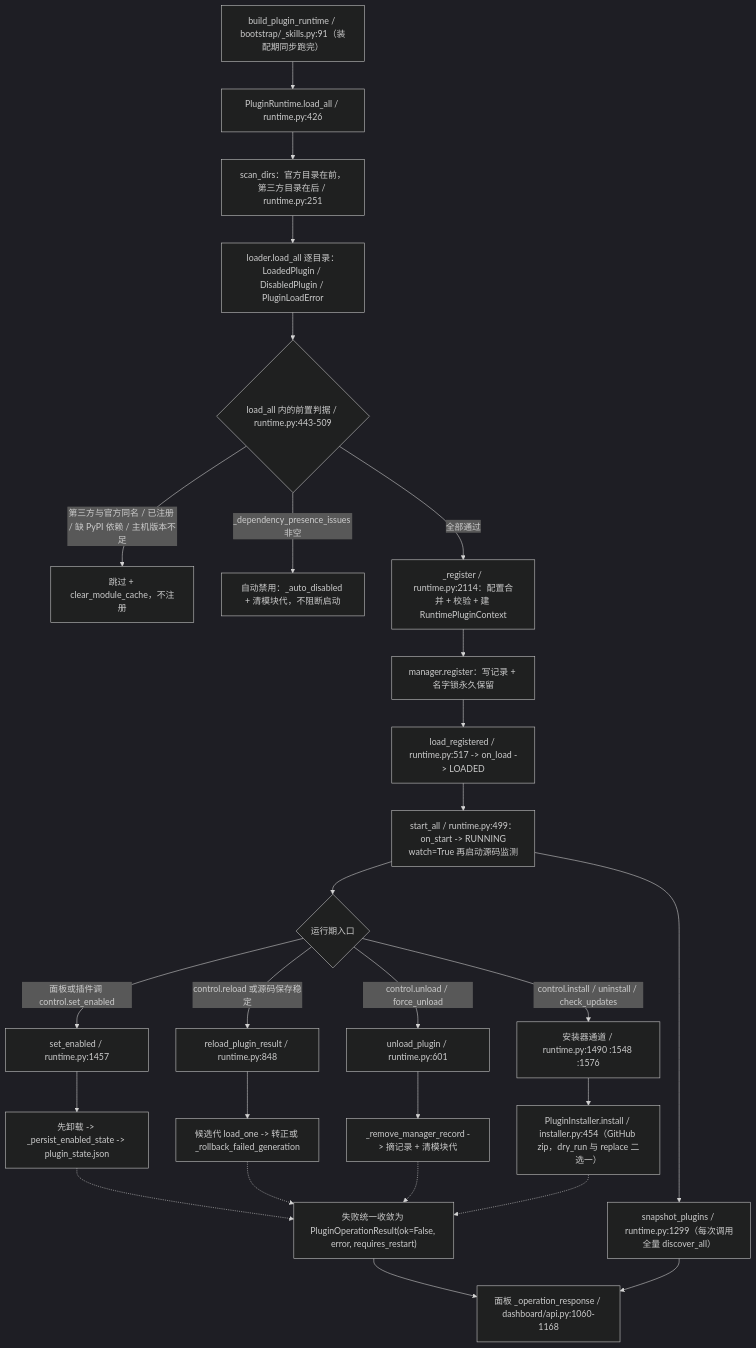
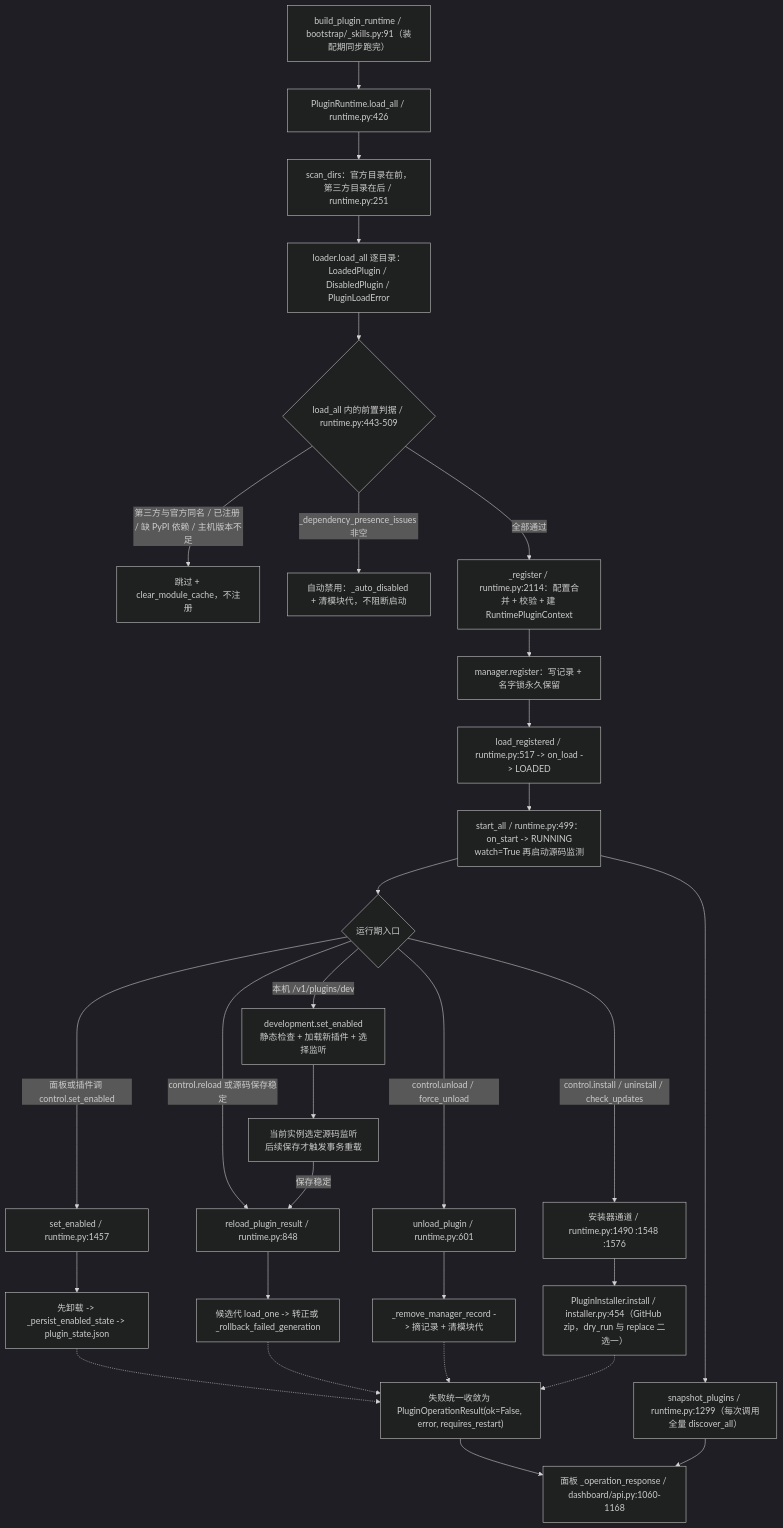
The second of 15 diagrams in docs/flow/08b-plugin-runtime.md (AQiaoYo/NeoBot), drawn with Mermaid (dark theme) before and after one commit. The commit also changed other lines of this file and 2 other files, not shown here.

First line of the commit message:
docs(plugins): 补全同实例开发控制流程

````diff
--- a/docs/flow/08b-plugin-runtime.md
+++ b/docs/flow/08b-plugin-runtime.md
@@ -105,29 +107,32 @@
 ```mermaid
 flowchart TD
     A["build_plugin_runtime / bootstrap/_skills.py:91（装配期同步跑完）"] --> B["PluginRuntime.load_all / runtime.py:426"]
     B --> C["scan_dirs：官方目录在前，第三方目录在后 / runtime.py:251"]
     C --> D["loader.load_all 逐目录：LoadedPlugin / DisabledPlugin / PluginLoadError"]
     D --> E{"load_all 内的前置判据 / runtime.py:443-509"}
     E -- "第三方与官方同名 / 已注册 / 缺 PyPI 依赖 / 主机版本不足" --> E1["跳过 + clear_module_cache，不注册"]
     E -- "_dependency_presence_issues 非空" --> E2["自动禁用：_auto_disabled + 清模块代，不阻断启动"]
     E -- "全部通过" --> F["_register / runtime.py:2114：配置合并 + 校验 + 建 RuntimePluginContext"]
     F --> G["manager.register：写记录 + 名字锁永久保留"]
     G --> H["load_registered / runtime.py:517 -> on_load -> LOADED"]
     H --> I["start_all / runtime.py:499：on_start -> RUNNING<br/>watch=True 再启动源码监测"]
     I --> J{"运行期入口"}
     J -- "面板或插件调 control.set_enabled" --> K["set_enabled / runtime.py:1457"]
     J -- "control.reload 或源码保存稳定" --> L["reload_plugin_result / runtime.py:848"]
+    J -- "本机 /v1/plugins/dev" --> DV["development.set_enabled<br/>静态检查 + 加载新插件 + 选择监听"]
+    DV --> DW["当前实例选定源码监听<br/>后续保存才触发事务重载"]
+    DW -- 保存稳定 --> L
     J -- "control.unload / force_unload" --> M["unload_plugin / runtime.py:601"]
     J -- "control.install / uninstall / check_updates" --> N["安装器通道 / runtime.py:1490 :1548 :1576"]
     K --> O["先卸载 -> _persist_enabled_state -> plugin_state.json"]
     L --> P["候选代 load_one -> 转正或 _rollback_failed_generation"]
     M --> Q["_remove_manager_record -> 摘记录 + 清模块代"]
     N --> R["PluginInstaller.install / installer.py:454（GitHub zip，dry_run 与 replace 二选一）"]
     O -.-> S["失败统一收敛为 PluginOperationResult(ok=False, error, requires_restart)"]
     P -.-> S
     Q -.-> S
     R -.-> S
     S --> T["面板 _operation_response / dashboard/api.py:1060-1168"]
     I --> U["snapshot_plugins / runtime.py:1299（每次调用全量 discover_all）"]
     U --> T
 ```
````
